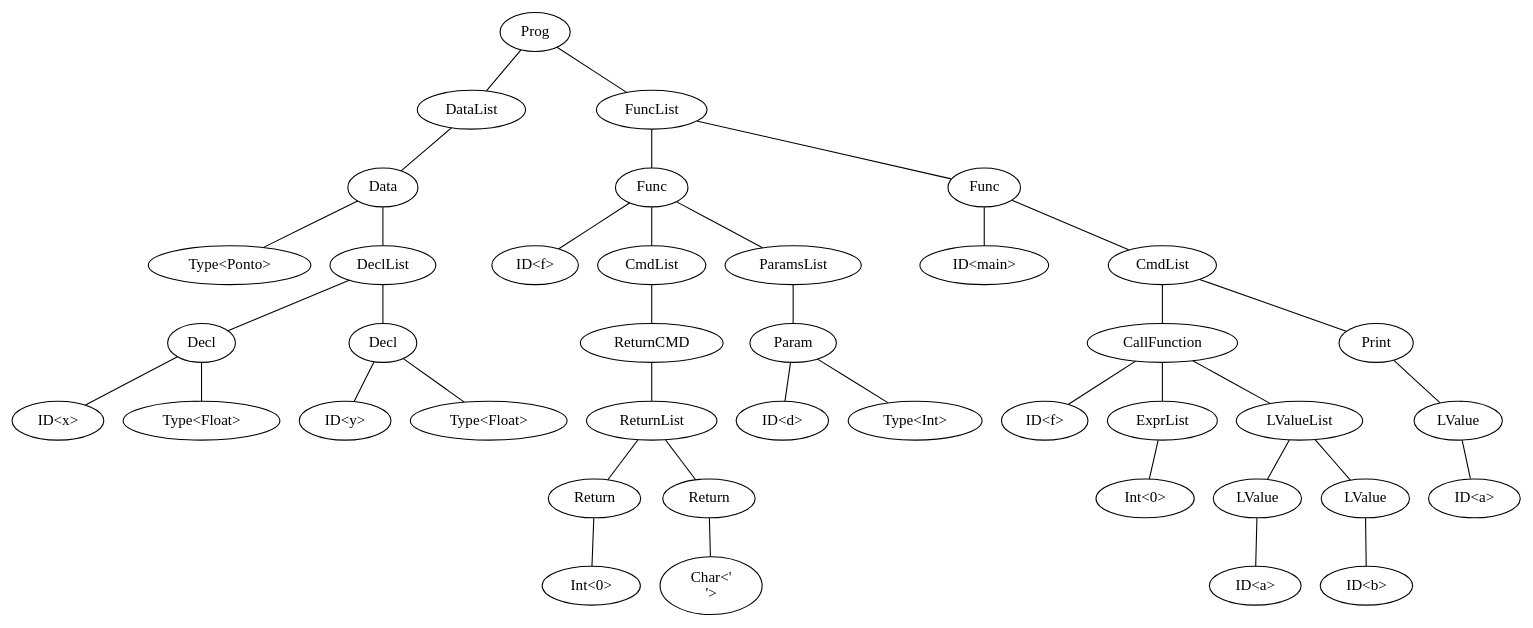
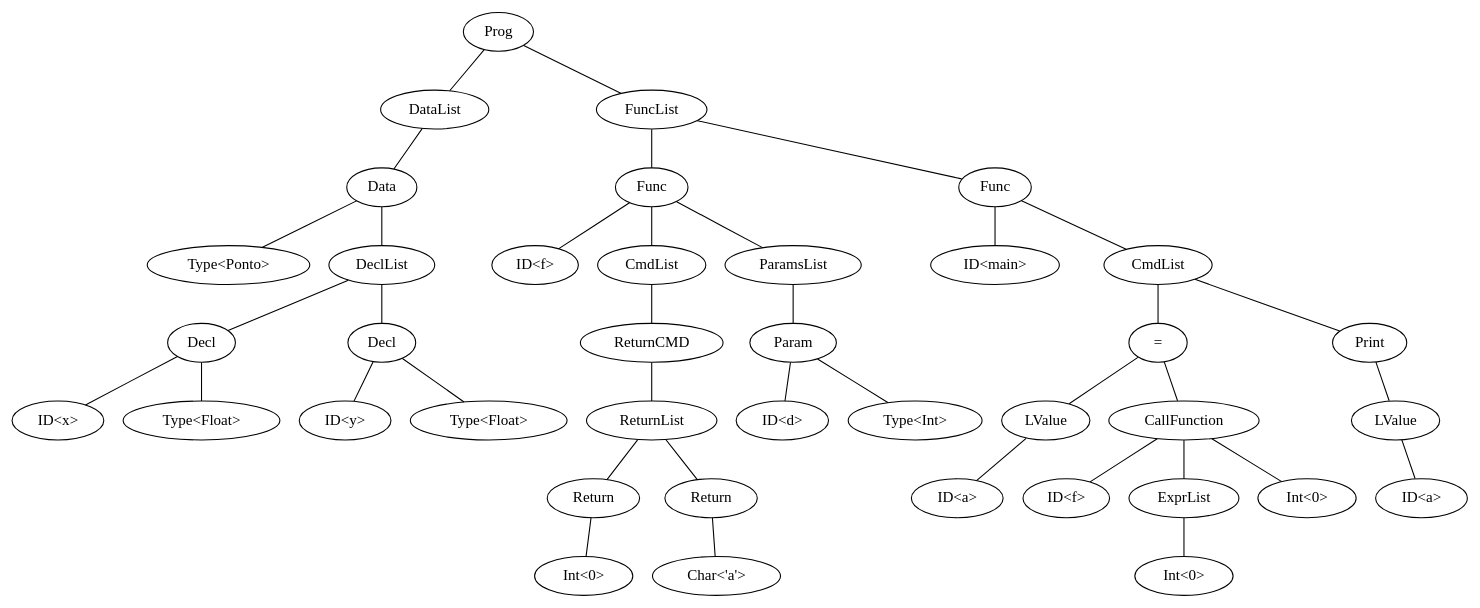
The diagram in ast.dot (Patrick448/Trabalho-Compiladores), drawn with Graphviz before and after one commit. The commit also changed 10 other files, not shown here.

```diff
--- a/ast.dot
+++ b/ast.dot
@@ -1,81 +1,79 @@
 graph program {
-43 [label=Prog]
-43--9
+42 [label=Prog]
+42--9
 9 [label=DataList]
 9--8
 8 [label= "Data"]
 8--7
 7 [label="Type<Ponto>"]
 8--3
 3 [label=DeclList]
 3--2
 2 [label="Decl"]
 2--1
 1 [label="ID<x>"]
 2--0
 0 [label="Type<Float>"]
 3--6
 6 [label="Decl"]
 6--5
 5 [label="ID<y>"]
 6--4
 4 [label="Type<Float>"]
-43--27
+42--27
 27 [label=FuncList]
 27--26
 26 [label="Func"]
 26--25
 25 [label="ID<f>"]
 26--24
 24 [label=CmdList]
 24--23
 23 [label="ReturnCMD"]
 23--20
 20 [label="ReturnList"]
 20--19
 19 [label="Return"]
 19--18
 18 [label="Int<0>"]
 20--22
 22 [label="Return"]
 22--21
-21 [label="Char<'\n'>"]
+21 [label="Char<'a'>"]
 26--14
 14 [label="ParamsList"]
 14--13
 13 [label="Param"]
 13--12
 12 [label="ID<d>"]
 13--11
 11 [label="Type<Int>"]
-27--42
-42 [label="Func"]
-42--41
-41 [label="ID<main>"]
-42--37
-37 [label=CmdList]
-37--36
-36 [label= "CallFunction"]
+27--41
+41 [label="Func"]
+41--40
+40 [label="ID<main>"]
+41--36
+36 [label=CmdList]
 36--35
-35 [label="ID<f>"]
-36--29
-29 [label=ExprList]
+35 [label= "="]
+35--29
+29 [label="LValue"]
 29--28
-28 [label="Int<0>"]
-36--32
-32 [label=LValueList]
-32--31
-31 [label="LValue"]
+28 [label="ID<a>"]
+35--34
+34 [label= "CallFunction"]
+34--33
+33 [label="ID<f>"]
+34--31
+31 [label=ExprList]
 31--30
-30 [label="ID<a>"]
-32--34
-34 [label="LValue"]
-34--33
-33 [label="ID<b>"]
-37--40
-40 [label="Print"]
-40--39
-39 [label="LValue"]
+30 [label="Int<0>"]
+34--32
+32 [label="Int<0>"]
+36--39
+39 [label="Print"]
 39--38
-38 [label="ID<a>"]
+38 [label="LValue"]
+38--37
+37 [label="ID<a>"]
 }
```
